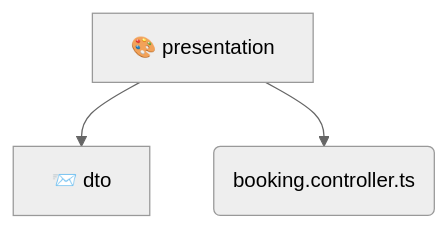
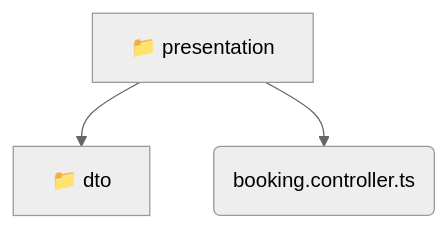
Before and after one commit to beginwebdev2002/fullstack-mavluda: the diagram in backend/src/modules/booking/presentation/README.md, drawn with Mermaid (neutral theme). The commit also changed other lines of this file and 155 other files, not shown here.

````diff
--- a/backend/src/modules/booking/presentation/README.md
+++ b/backend/src/modules/booking/presentation/README.md
@@ -9,6 +9,6 @@
 ```mermaid
 graph TD
-  presentation[🎨 presentation]
-  presentation --> dto[📨 dto]
-  presentation --> booking_controller_ts(booking.controller.ts)
+  presentation[📁 presentation]
+  presentation --> presentation_dto[📁 dto]
+  presentation --> presentation_booking_controller_ts(booking.controller.ts)
 ```
````
